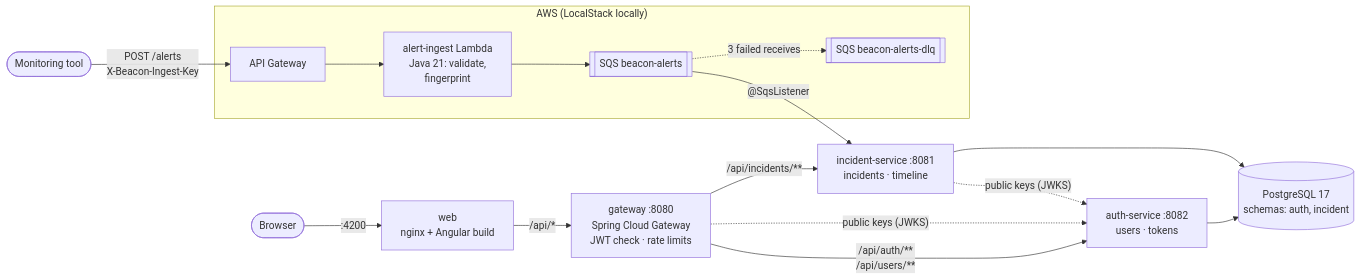
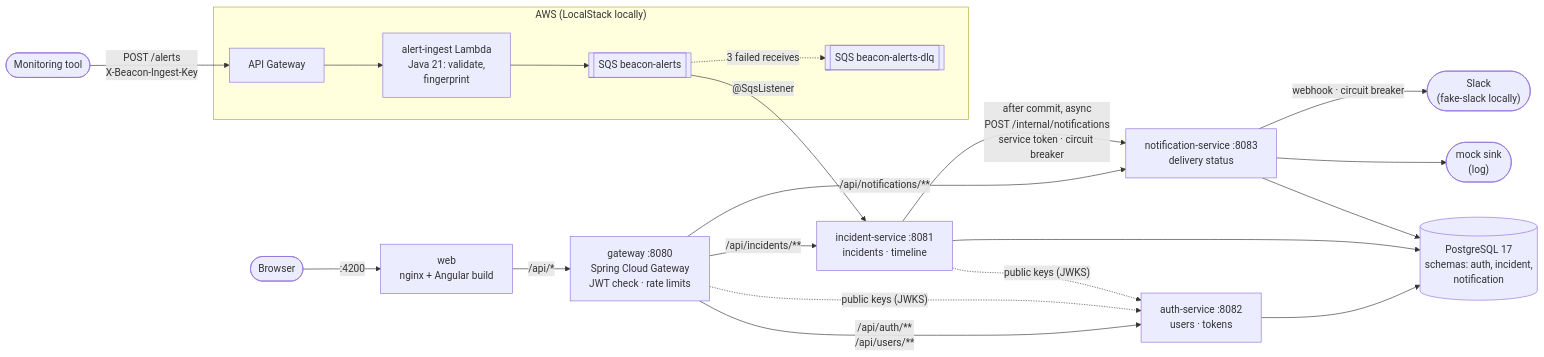
Before and after one commit to n1tishc/beacon: the first of 5 diagrams in README.md, drawn with Mermaid. The commit also changed other lines of this file and 80 other files, not shown here.

First line of the commit message:
Slice 5: notifications with Slack, a mock sink and Resilience4j

````diff
--- a/README.md
+++ b/README.md
@@ -24,18 +24,23 @@
 ```mermaid
 flowchart LR
     monitor([Monitoring tool]) -->|"POST /alerts<br/>X-Beacon-Ingest-Key"| apigw
     subgraph aws["AWS (LocalStack locally)"]
         apigw["API Gateway"] --> lambda["alert-ingest Lambda<br/>Java 21: validate,<br/>fingerprint"]
         lambda --> sqs[["SQS beacon-alerts"]]
         sqs -.->|"3 failed receives"| dlq[["SQS beacon-alerts-dlq"]]
     end
     sqs -->|"@SqsListener"| incident
     browser([Browser]) -->|":4200"| web["web<br/>nginx + Angular build"]
     web -->|"/api/*"| gateway["gateway :8080<br/>Spring Cloud Gateway<br/>JWT check · rate limits"]
     gateway -->|"/api/auth/**<br/>/api/users/**"| auth["auth-service :8082<br/>users · tokens"]
     gateway -->|"/api/incidents/**"| incident["incident-service :8081<br/>incidents · timeline"]
+    gateway -->|"/api/notifications/**"| notification["notification-service :8083<br/>delivery status"]
+    incident -->|"after commit, async<br/>POST /internal/notifications<br/>service token · circuit breaker"| notification
+    notification -->|"webhook · circuit breaker"| slack(["Slack<br/>(fake-slack locally)"])
+    notification --> mock(["mock sink<br/>(log)"])
     gateway -.->|"public keys (JWKS)"| auth
     incident -.->|"public keys (JWKS)"| auth
-    auth --> pg[("PostgreSQL 17<br/>schemas: auth, incident")]
+    auth --> pg[("PostgreSQL 17<br/>schemas: auth, incident,<br/>notification")]
     incident --> pg
+    notification --> pg
 ```
````
